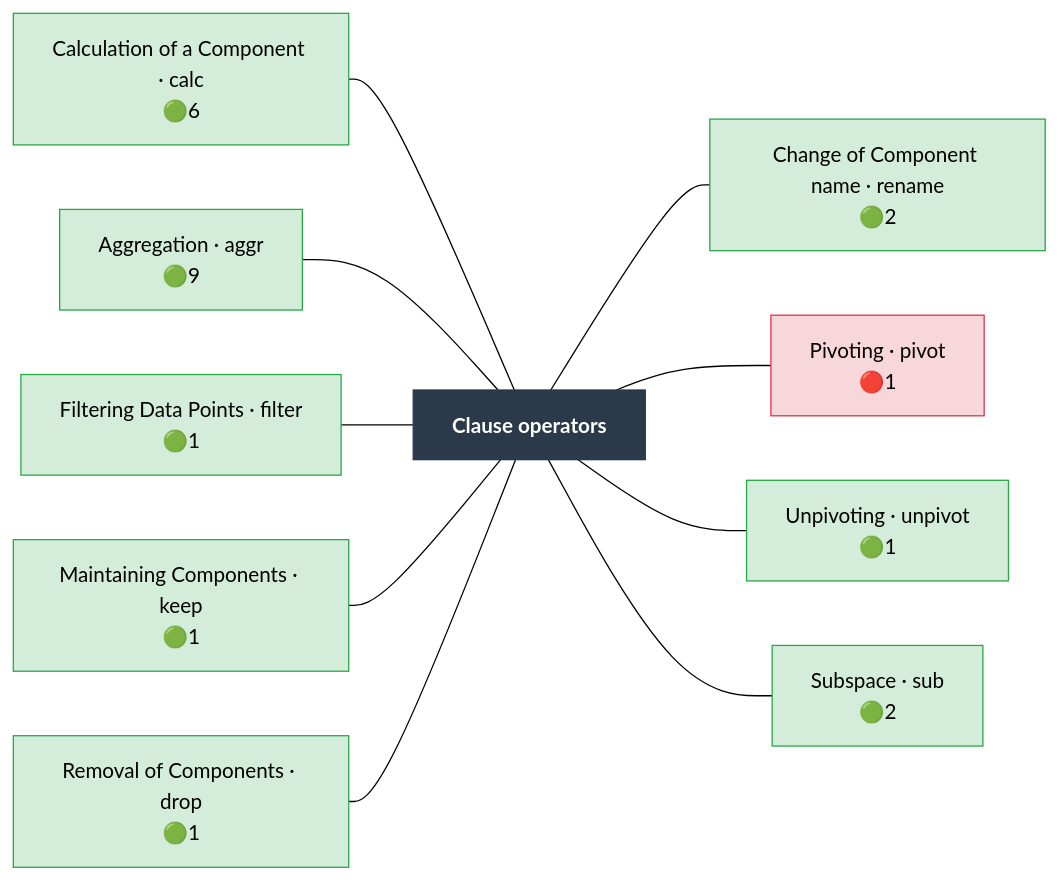
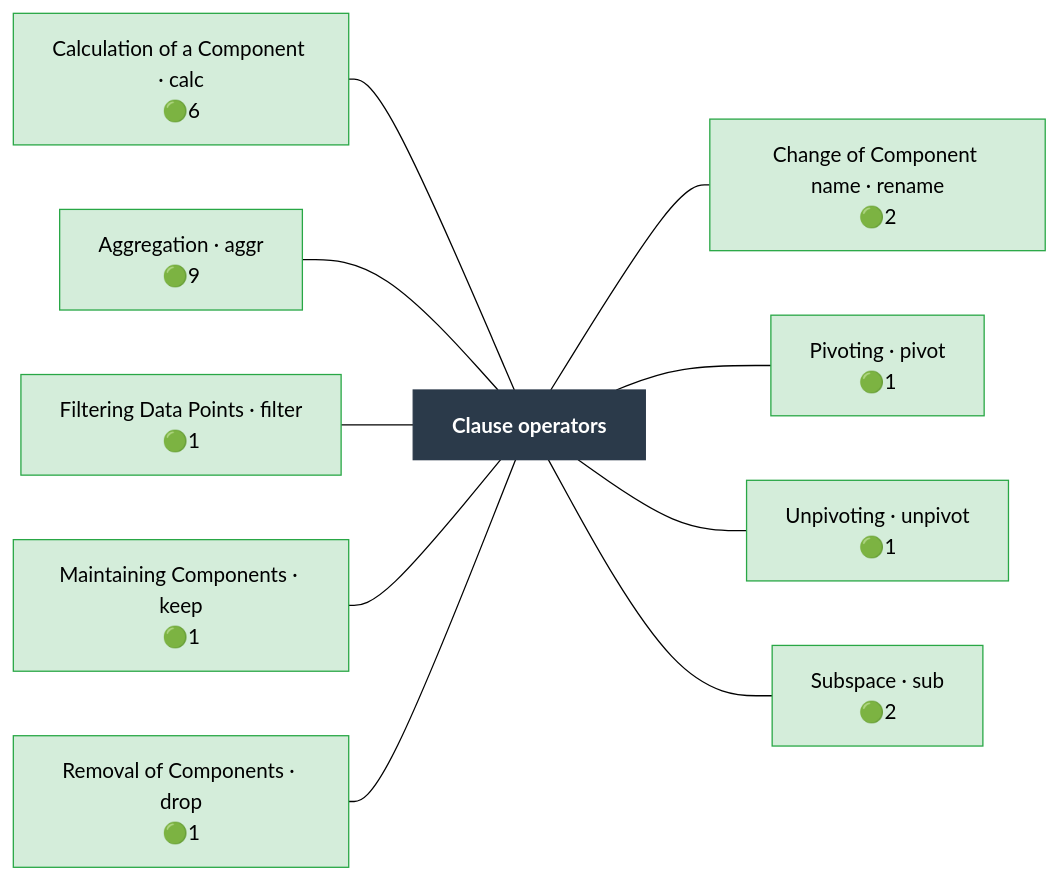
One commit to Meaningful-Data/vtlengine changed the diagram in docs/operator_map/clause/index.rst. Above: the diagram before and after it, drawn with Mermaid (forest theme). The commit also changed other lines of this file and 100 other files, not shown here.

```diff
--- a/docs/operator_map/clause/index.rst
+++ b/docs/operator_map/clause/index.rst
@@ -24,39 +24,39 @@
 .. mermaid::
    :config: {"flowchart": {"useMaxWidth": false}}
 
    flowchart LR
        classDef ok fill:#d4edda,stroke:#28a745,color:#000
        classDef partial fill:#fff3cd,stroke:#ffc107,color:#000
        classDef refused fill:#d4edda,stroke:#28a745,stroke-width:3px,stroke-dasharray: 2 2,color:#000
        classDef missing fill:#f8d7da,stroke:#dc3545,color:#000
        classDef diverge fill:#cce5ff,stroke:#007bff,color:#000
        classDef block fill:#2b3a4a,stroke:#2b3a4a,color:#fff,font-weight:bold
        classDef ext fill:#fff,stroke:#666,color:#000,stroke-dasharray: 5 5
        B["Clause operators"]:::block
        clause__calc["Calculation of a Component · calc<br/>🟢6"]:::ok
        clause__aggr["Aggregation · aggr<br/>🟢9"]:::ok
        clause__filter["Filtering Data Points · filter<br/>🟢1"]:::ok
        clause__keep["Maintaining Components · keep<br/>🟢1"]:::ok
        clause__drop["Removal of Components · drop<br/>🟢1"]:::ok
        clause__rename["Change of Component name · rename<br/>🟢2"]:::ok
-       clause__pivot["Pivoting · pivot<br/>🔴1"]:::missing
+       clause__pivot["Pivoting · pivot<br/>🟢1"]:::ok
        clause__unpivot["Unpivoting · unpivot<br/>🟢1"]:::ok
        clause__sub["Subspace · sub<br/>🟢2"]:::ok
        clause__calc --- B
        clause__aggr --- B
        clause__filter --- B
        clause__keep --- B
        clause__drop --- B
        B --- clause__rename
        B --- clause__pivot
        B --- clause__unpivot
        B --- clause__sub
        click clause__calc href "calc.html"
        click clause__aggr href "aggr.html"
        click clause__filter href "filter.html"
        click clause__keep href "keep.html"
        click clause__drop href "drop.html"
        click clause__rename href "rename.html"
        click clause__pivot href "pivot.html"
        click clause__unpivot href "unpivot.html"
        click clause__sub href "sub.html"
```
